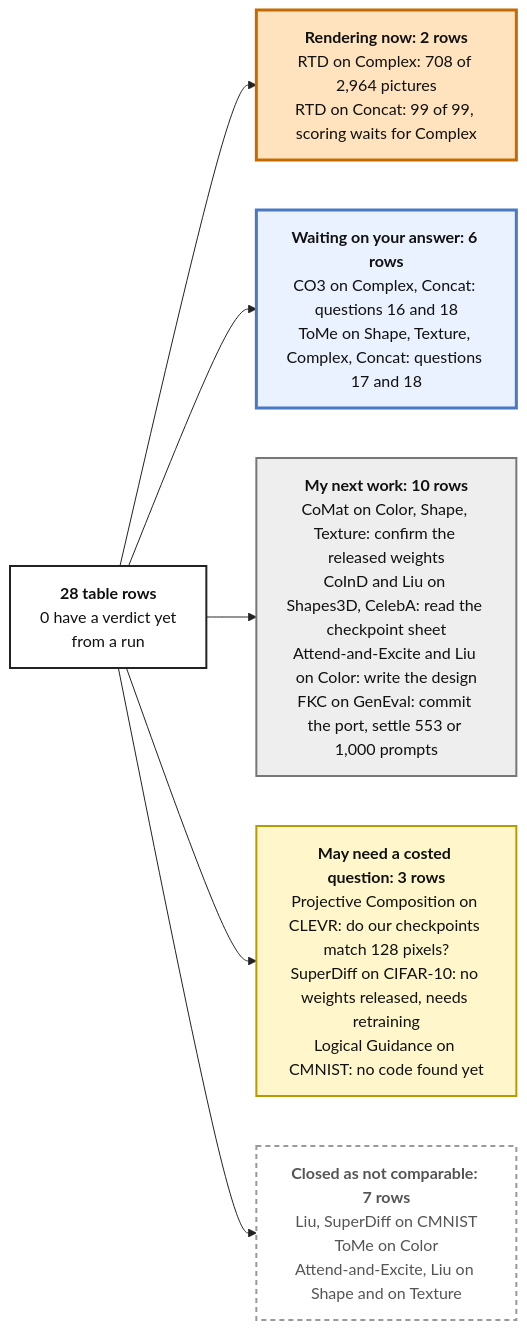
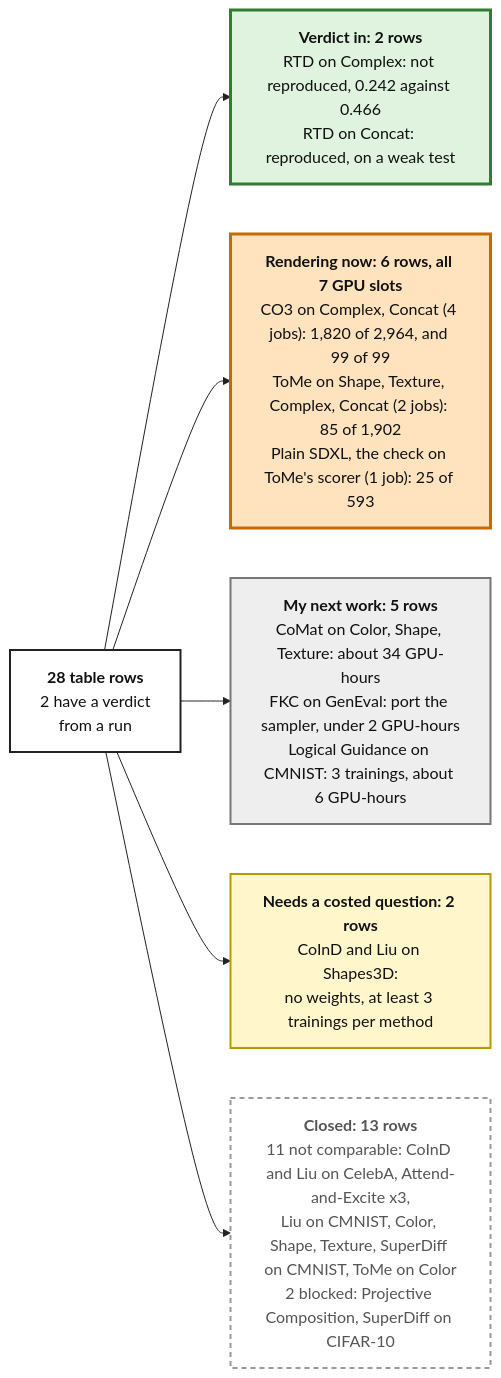
The diagram in artifacts/notes/progress/reproductions/what-each-row-waits-on.mmd (mo-rsa24/concept-composition), drawn with Mermaid before and after one commit. The commit also changed 1 other file, not shown here.

Commit message:
Reproductions: redraw what each of the 28 rows waits on

```diff
--- a/artifacts/notes/progress/reproductions/what-each-row-waits-on.mmd
+++ b/artifacts/notes/progress/reproductions/what-each-row-waits-on.mmd
@@ -1,22 +1,22 @@
 %%{init: {'theme': 'base', 'themeVariables': {'fontFamily': 'monospace', 'primaryColor': '#ffffff', 'primaryBorderColor': '#222222', 'primaryTextColor': '#111111', 'lineColor': '#222222'}}}%%
 flowchart LR
-  T["<b>28 table rows</b><br/>0 have a verdict yet<br/>from a run"]:::plain
+  T["<b>28 table rows</b><br/>2 have a verdict<br/>from a run"]:::plain
 
-  A["<b>Rendering now: 2 rows</b><br/>RTD on Complex: 708 of 2,964 pictures<br/>RTD on Concat: 99 of 99, scoring waits for Complex"]:::doing
-  B["<b>Waiting on your answer: 6 rows</b><br/>CO3 on Complex, Concat: questions 16 and 18<br/>ToMe on Shape, Texture, Complex, Concat: questions 17 and 18"]:::you
-  C["<b>My next work: 10 rows</b><br/>CoMat on Color, Shape, Texture: confirm the released weights<br/>CoInD and Liu on Shapes3D, CelebA: read the checkpoint sheet<br/>Attend-and-Excite and Liu on Color: write the design<br/>FKC on GenEval: commit the port, settle 553 or 1,000 prompts"]:::todo
-  D["<b>May need a costed question: 3 rows</b><br/>Projective Composition on CLEVR: do our checkpoints match 128 pixels?<br/>SuperDiff on CIFAR-10: no weights released, needs retraining<br/>Logical Guidance on CMNIST: no code found yet"]:::risk
-  E["<b>Closed as not comparable: 7 rows</b><br/>Liu, SuperDiff on CMNIST<br/>ToMe on Color<br/>Attend-and-Excite, Liu on Shape and on Texture"]:::closed
+  D["<b>Verdict in: 2 rows</b><br/>RTD on Complex: not reproduced, 0.242 against 0.466<br/>RTD on Concat: reproduced, on a weak test"]:::done
+  A["<b>Rendering now: 6 rows, all 7 GPU slots</b><br/>CO3 on Complex, Concat (4 jobs): 1,820 of 2,964, and 99 of 99<br/>ToMe on Shape, Texture, Complex, Concat (2 jobs): 85 of 1,902<br/>Plain SDXL, the check on ToMe's scorer (1 job): 25 of 593"]:::doing
+  C["<b>My next work: 5 rows</b><br/>CoMat on Color, Shape, Texture: about 34 GPU-hours<br/>FKC on GenEval: port the sampler, under 2 GPU-hours<br/>Logical Guidance on CMNIST: 3 trainings, about 6 GPU-hours"]:::todo
+  B["<b>Needs a costed question: 2 rows</b><br/>CoInD and Liu on Shapes3D:<br/>no weights, at least 3 trainings per method"]:::risk
+  E["<b>Closed: 13 rows</b><br/>11 not comparable: CoInD and Liu on CelebA, Attend-and-Excite x3,<br/>Liu on CMNIST, Color, Shape, Texture, SuperDiff on CMNIST, ToMe on Color<br/>2 blocked: Projective Composition, SuperDiff on CIFAR-10"]:::closed
 
+  T --> D
   T --> A
+  T --> C
   T --> B
-  T --> C
-  T --> D
   T --> E
 
   classDef plain fill:#ffffff,stroke:#222222,stroke-width:2px,color:#111111
+  classDef done fill:#dff3df,stroke:#2e7d32,stroke-width:3px,color:#111111
   classDef doing fill:#ffe3bf,stroke:#c46a00,stroke-width:3px,color:#111111
-  classDef you fill:#eaf1ff,stroke:#4a78c2,stroke-width:3px,color:#111111
   classDef todo fill:#eeeeee,stroke:#777777,stroke-width:2px,color:#111111
   classDef risk fill:#fff6cc,stroke:#b59b00,stroke-width:2px,color:#111111
   classDef closed fill:#ffffff,stroke:#999999,stroke-width:2px,stroke-dasharray:5 4,color:#555555
```
